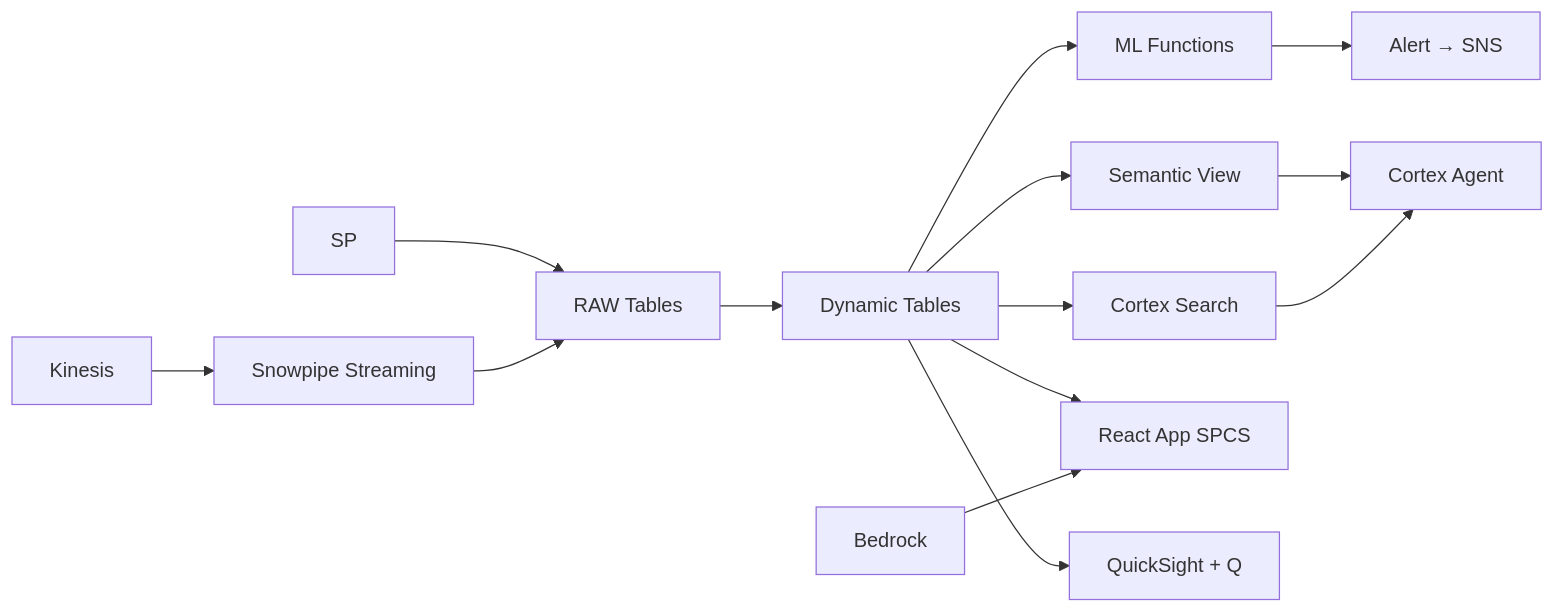
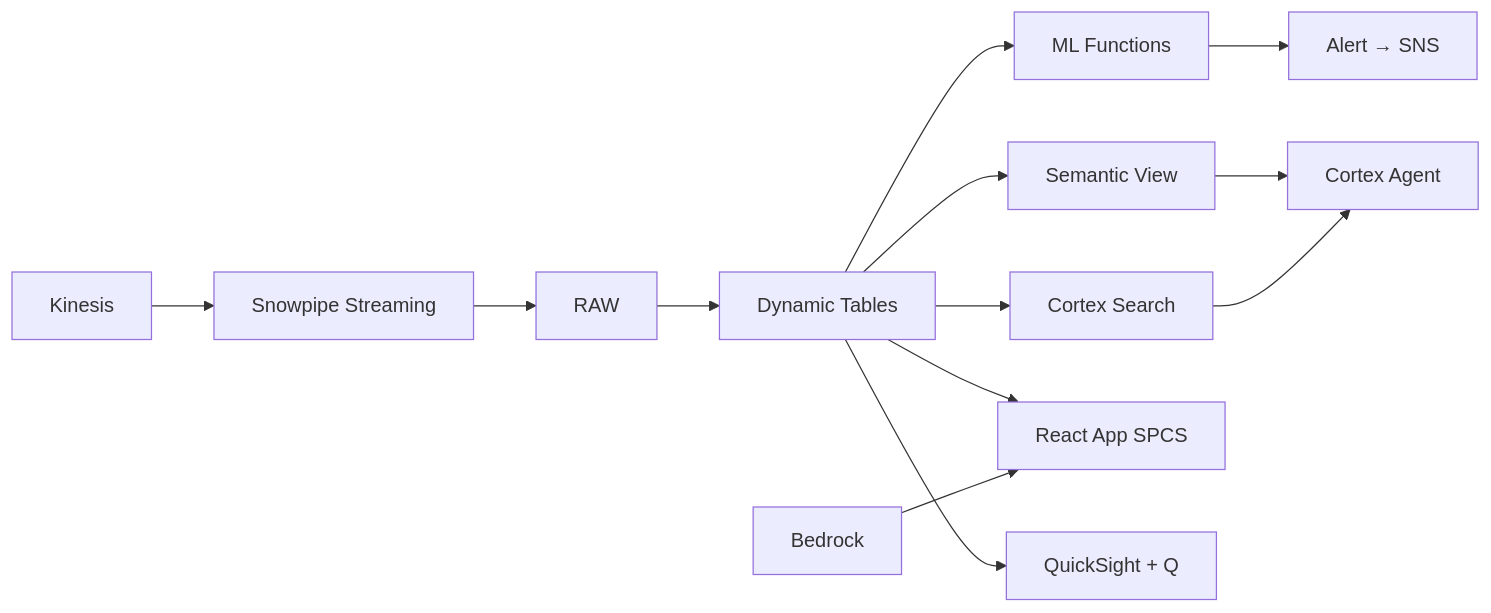
Before and after one commit to sfc-gh-jasvestis/aws-thailand-automotive-dealer-sales: the diagram in README.md, drawn with Mermaid. The commit also changed 7 other files, not shown here.

Commit message:
Fix: add all source files, .gitignore, fix Mermaid diagram

````diff
--- a/README.md
+++ b/README.md
@@ -9,16 +9,15 @@
 ```mermaid
 flowchart LR
     KIN[Kinesis] --> SPS[Snowpipe Streaming]
-    SP --> RAW[RAW Tables]
     SPS --> RAW
     RAW --> DT[Dynamic Tables]
     DT --> ML[ML Functions]
     DT --> SEARCH[Cortex Search]
     DT --> SV[Semantic View]
     SV --> AGENT[Cortex Agent]
     SEARCH --> AGENT
     DT --> APP[React App SPCS]
     BR[Bedrock] --> APP
     DT --> QS[QuickSight + Q]
     ML --> ALERT[Alert → SNS]
 ```
````
